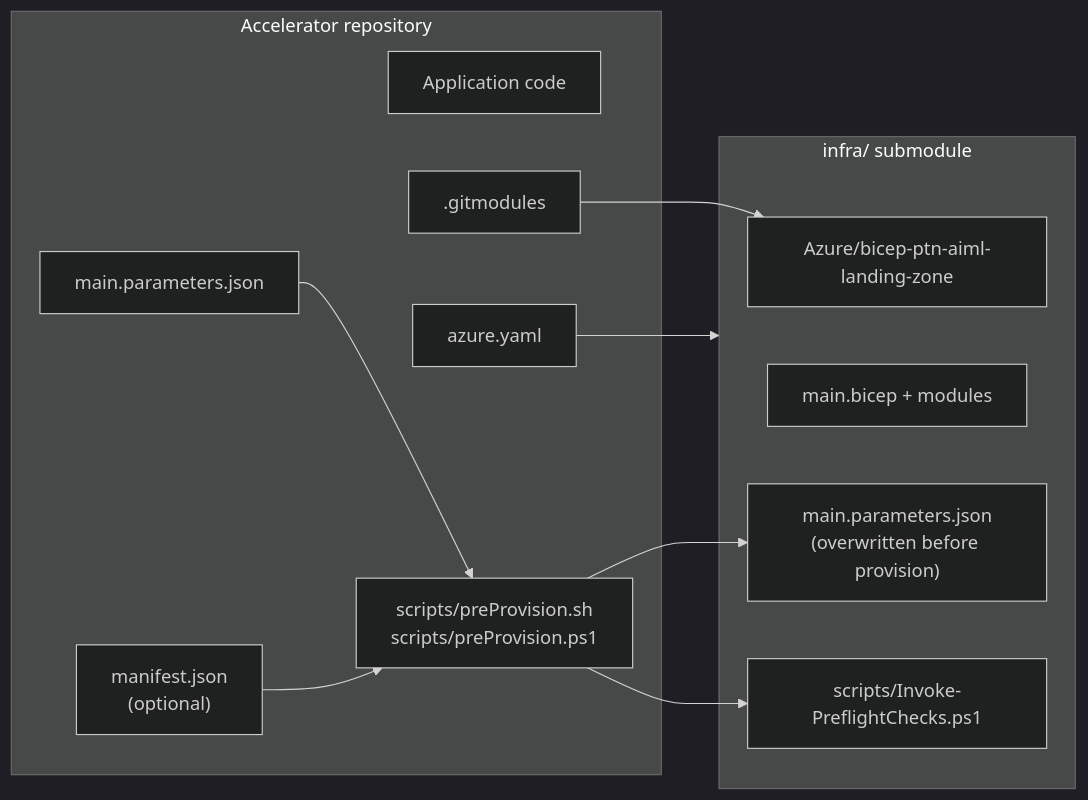
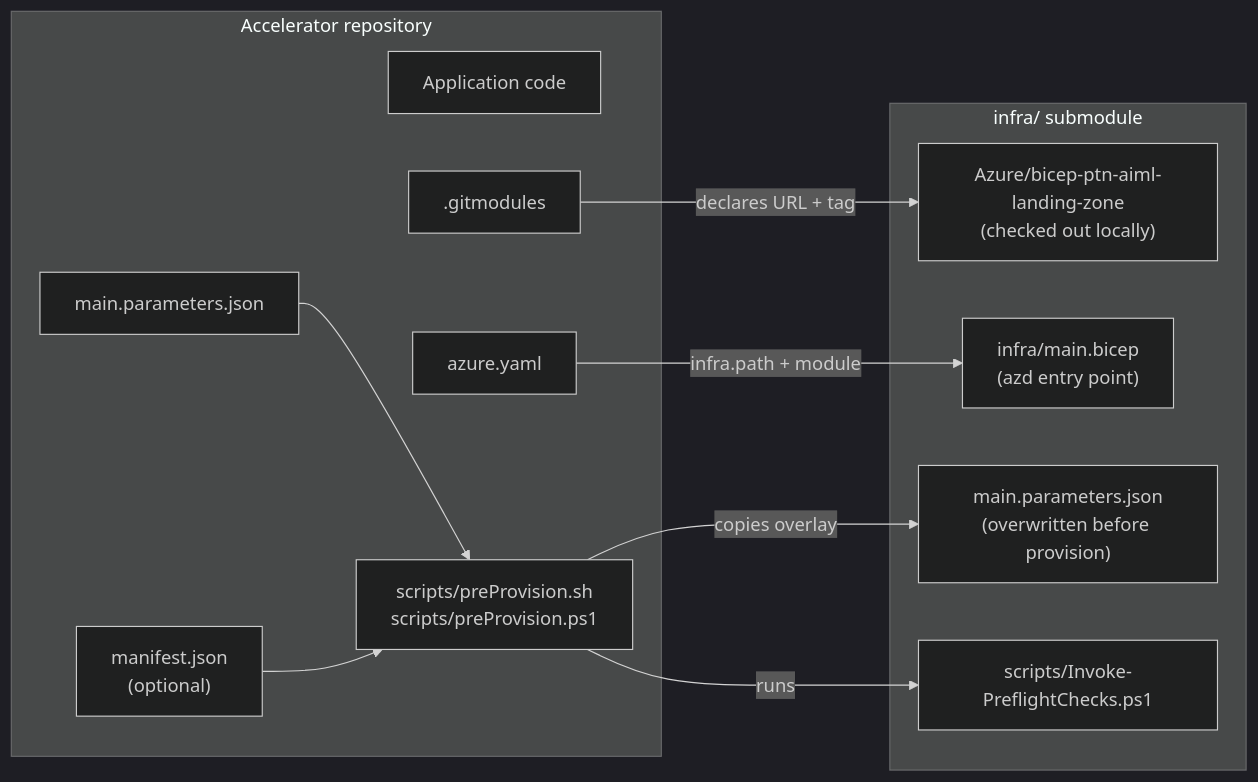
The first of 2 diagrams in docs/bicep/accelerator-pattern.md (Azure/AI-Landing-Zones), drawn with Mermaid (dark theme) before and after one commit.

Commit message:
Clarify accelerator pattern diagram

````diff
--- a/docs/bicep/accelerator-pattern.md
+++ b/docs/bicep/accelerator-pattern.md
@@ -29,23 +29,23 @@
 ```mermaid
 flowchart LR
     subgraph Accelerator["Accelerator repository"]
         APP["Application code"]
         AZD["azure.yaml"]
         GM[".gitmodules"]
         PP["scripts/preProvision.sh<br/>scripts/preProvision.ps1"]
         PARAMS["main.parameters.json"]
         MANIFEST["manifest.json<br/>(optional)"]
     end
     subgraph Infra["infra/ submodule"]
-        LZ["Azure/bicep-ptn-aiml-landing-zone"]
-        BICEP["main.bicep + modules"]
+        LZ["Azure/bicep-ptn-aiml-landing-zone<br/>(checked out locally)"]
+        BICEP["infra/main.bicep<br/>(azd entry point)"]
         LZPARAMS["main.parameters.json<br/>(overwritten before provision)"]
         CHECKS["scripts/Invoke-PreflightChecks.ps1"]
     end
-    GM --> LZ
-    AZD --> Infra
+    GM -- "declares URL + tag" --> LZ
+    AZD -- "infra.path + module" --> BICEP
     PARAMS --> PP
     MANIFEST --> PP
-    PP --> LZPARAMS
-    PP --> CHECKS
+    PP -- "copies overlay" --> LZPARAMS
+    PP -- "runs" --> CHECKS
 ```
````
